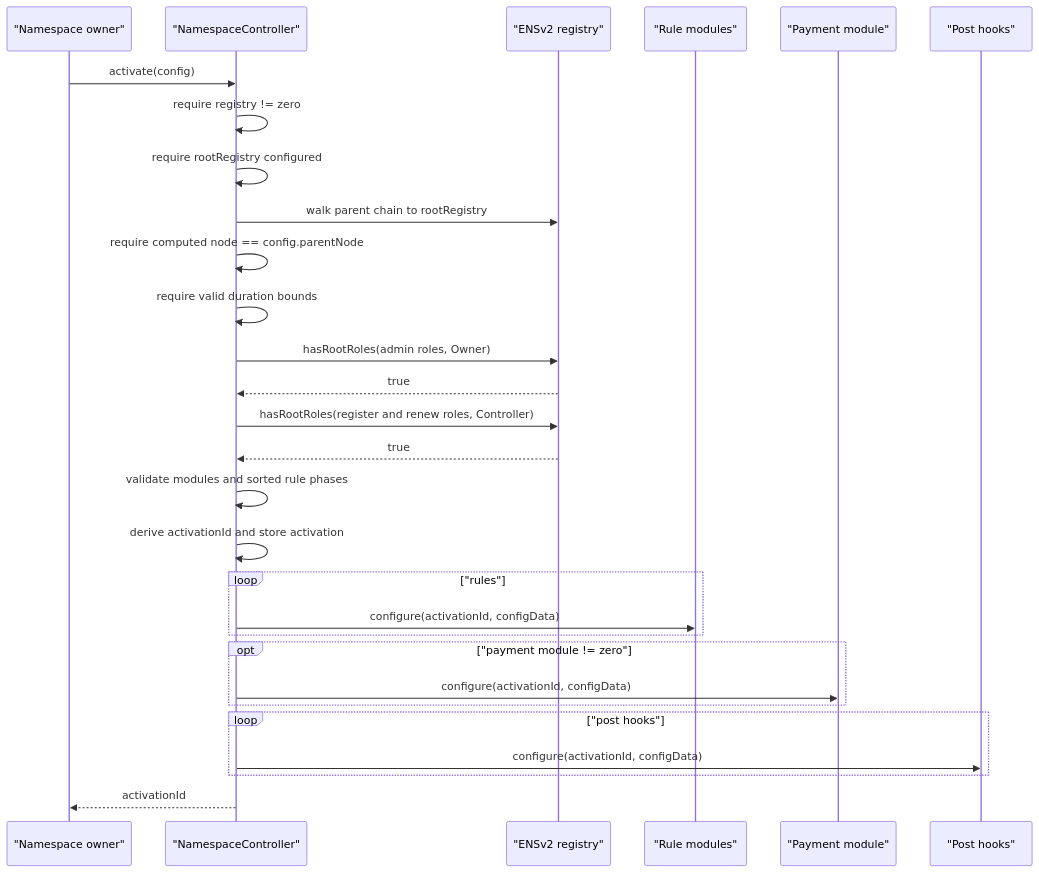
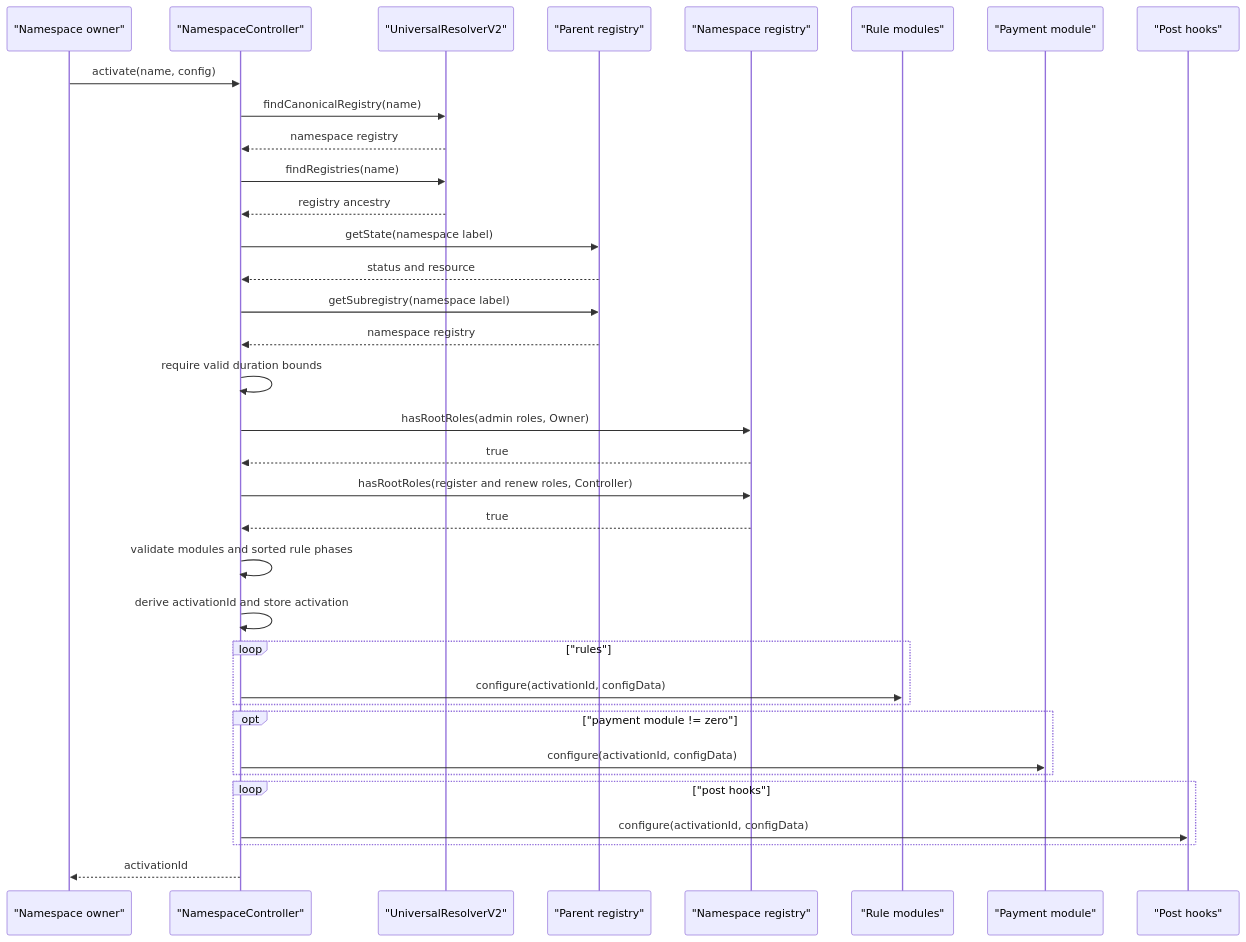
Before and after one commit to envoy1084/namespace-contracts-v2: the first of 2 diagrams in docs/05-activation-lifecycle.md, drawn with Mermaid. The commit also changed other lines of this file and 25 other files, not shown here.

Commit message:
feat: resolve namespace activations by name

````diff
--- a/docs/05-activation-lifecycle.md
+++ b/docs/05-activation-lifecycle.md
@@ -35,32 +35,38 @@
 ```mermaid
 sequenceDiagram
     participant Owner as "Namespace owner"
     participant Controller as "NamespaceController"
-    participant Registry as "ENSv2 registry"
+    participant UR as "UniversalResolverV2"
+    participant Parent as "Parent registry"
+    participant Registry as "Namespace registry"
     participant Rule as "Rule modules"
     participant Payment as "Payment module"
     participant Hook as "Post hooks"
 
-    Owner->>Controller: activate(config)
-    Controller->>Controller: require registry != zero
-    Controller->>Controller: require rootRegistry configured
-    Controller->>Registry: walk parent chain to rootRegistry
-    Controller->>Controller: require computed node == config.parentNode
+    Owner->>Controller: activate(name, config)
+    Controller->>UR: findCanonicalRegistry(name)
+    UR-->>Controller: namespace registry
+    Controller->>UR: findRegistries(name)
+    UR-->>Controller: registry ancestry
+    Controller->>Parent: getState(namespace label)
+    Parent-->>Controller: status and resource
+    Controller->>Parent: getSubregistry(namespace label)
+    Parent-->>Controller: namespace registry
     Controller->>Controller: require valid duration bounds
     Controller->>Registry: hasRootRoles(admin roles, Owner)
     Registry-->>Controller: true
     Controller->>Registry: hasRootRoles(register and renew roles, Controller)
     Registry-->>Controller: true
     Controller->>Controller: validate modules and sorted rule phases
     Controller->>Controller: derive activationId and store activation
     loop "rules"
         Controller->>Rule: configure(activationId, configData)
     end
     opt "payment module != zero"
         Controller->>Payment: configure(activationId, configData)
     end
     loop "post hooks"
         Controller->>Hook: configure(activationId, configData)
     end
     Controller-->>Owner: activationId
 ```
````
